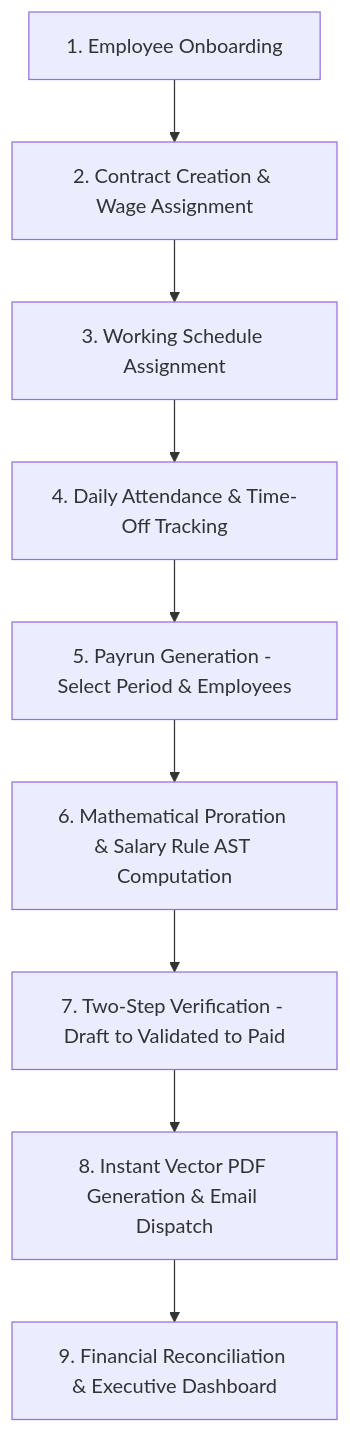
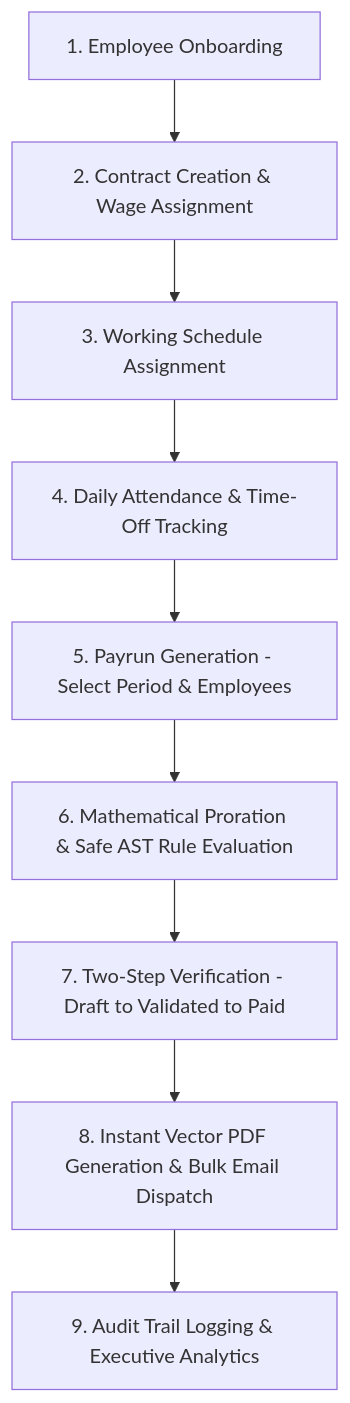
One commit to vinnu112p/NexHR changed the diagram in README.md. Above: the diagram before and after it, drawn with Mermaid. The commit also changed other lines of this file and 94 other files, not shown here.

````diff
--- a/README.md
+++ b/README.md
@@ -197,11 +140,11 @@
 ```mermaid
 graph TD
     A[1. Employee Onboarding] --> B[2. Contract Creation & Wage Assignment]
     B --> C[3. Working Schedule Assignment]
     C --> D[4. Daily Attendance & Time-Off Tracking]
     D --> E[5. Payrun Generation - Select Period & Employees]
-    E --> F[6. Mathematical Proration & Salary Rule AST Computation]
+    E --> F[6. Mathematical Proration & Safe AST Rule Evaluation]
     F --> G[7. Two-Step Verification - Draft to Validated to Paid]
-    G --> H[8. Instant Vector PDF Generation & Email Dispatch]
-    H --> I[9. Financial Reconciliation & Executive Dashboard]
+    G --> H[8. Instant Vector PDF Generation & Bulk Email Dispatch]
+    H --> I[9. Audit Trail Logging & Executive Analytics]
 ```
````
